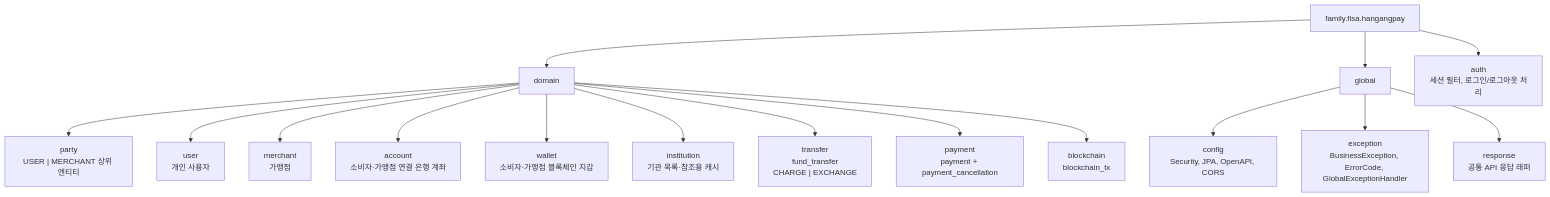
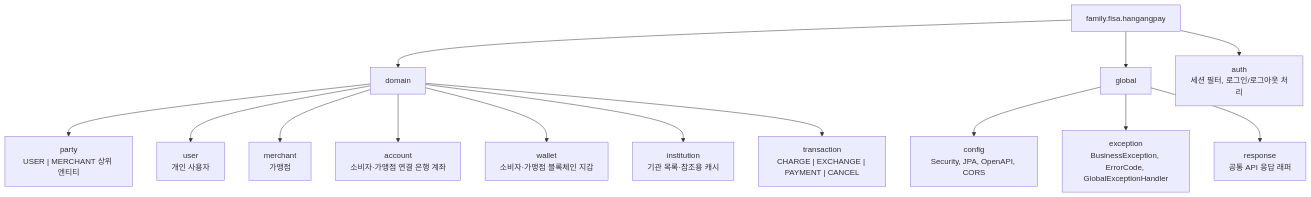
The diagram in hangang-pay-be/docs/package.md (Fisa-Family/hangang-pay), drawn with Mermaid before and after one commit. The commit also changed other lines of this file and 5 other files, not shown here.

````diff
--- a/hangang-pay-be/docs/package.md
+++ b/hangang-pay-be/docs/package.md
@@ -7,21 +7,19 @@
 ```mermaid
 flowchart TD
   root["family.fisa.hangangpay"]
   root --> domain["domain"]
   root --> global["global"]
   root --> auth["auth<br/>세션 필터, 로그인/로그아웃 처리"]
 
   domain --> party["party<br/>USER | MERCHANT 상위 엔티티"]
   domain --> user["user<br/>개인 사용자"]
   domain --> merchant["merchant<br/>가맹점"]
   domain --> account["account<br/>소비자·가맹점 연결 은행 계좌"]
   domain --> wallet["wallet<br/>소비자·가맹점 블록체인 지갑"]
   domain --> institution["institution<br/>기관 목록·참조용 캐시"]
-  domain --> transfer["transfer<br/>fund_transfer<br/>CHARGE | EXCHANGE"]
-  domain --> payment["payment<br/>payment + payment_cancellation"]
-  domain --> blockchain["blockchain<br/>blockchain_tx"]
+  domain --> transaction["transaction<br/>CHARGE | EXCHANGE | PAYMENT | CANCEL"]
 
   global --> config["config<br/>Security, JPA, OpenAPI, CORS"]
   global --> exception["exception<br/>BusinessException, ErrorCode, GlobalExceptionHandler"]
   global --> response["response<br/>공통 API 응답 래퍼"]
 ```
````
